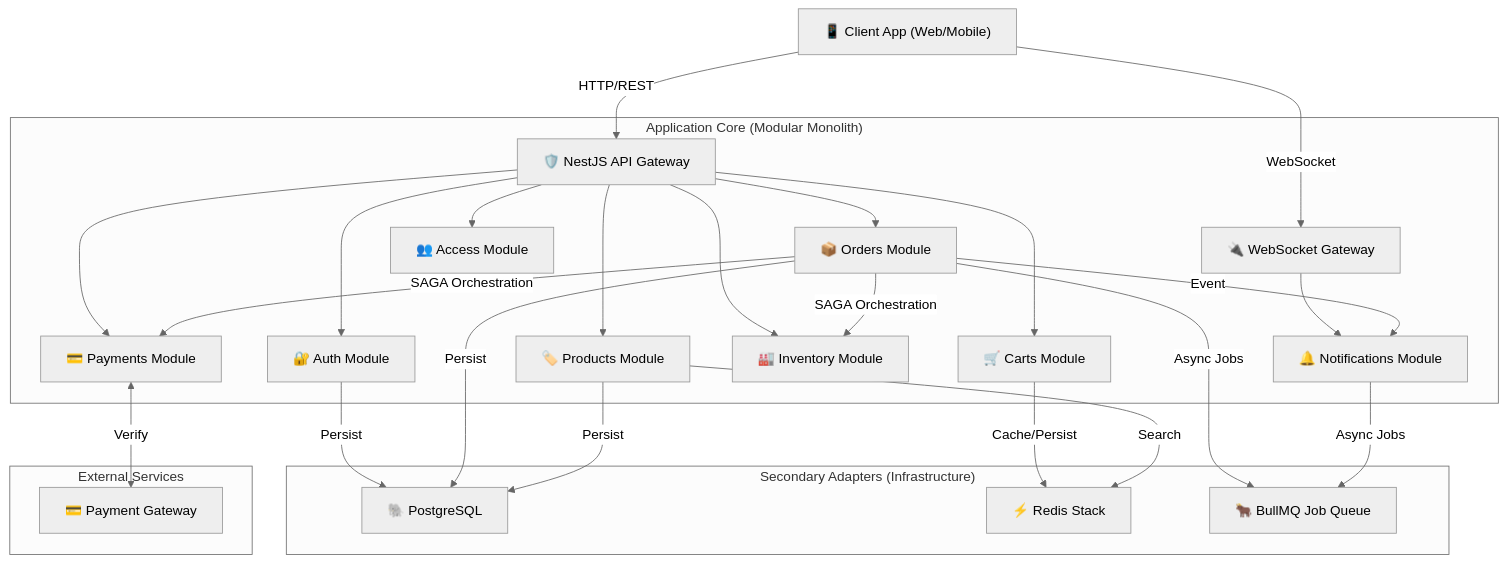
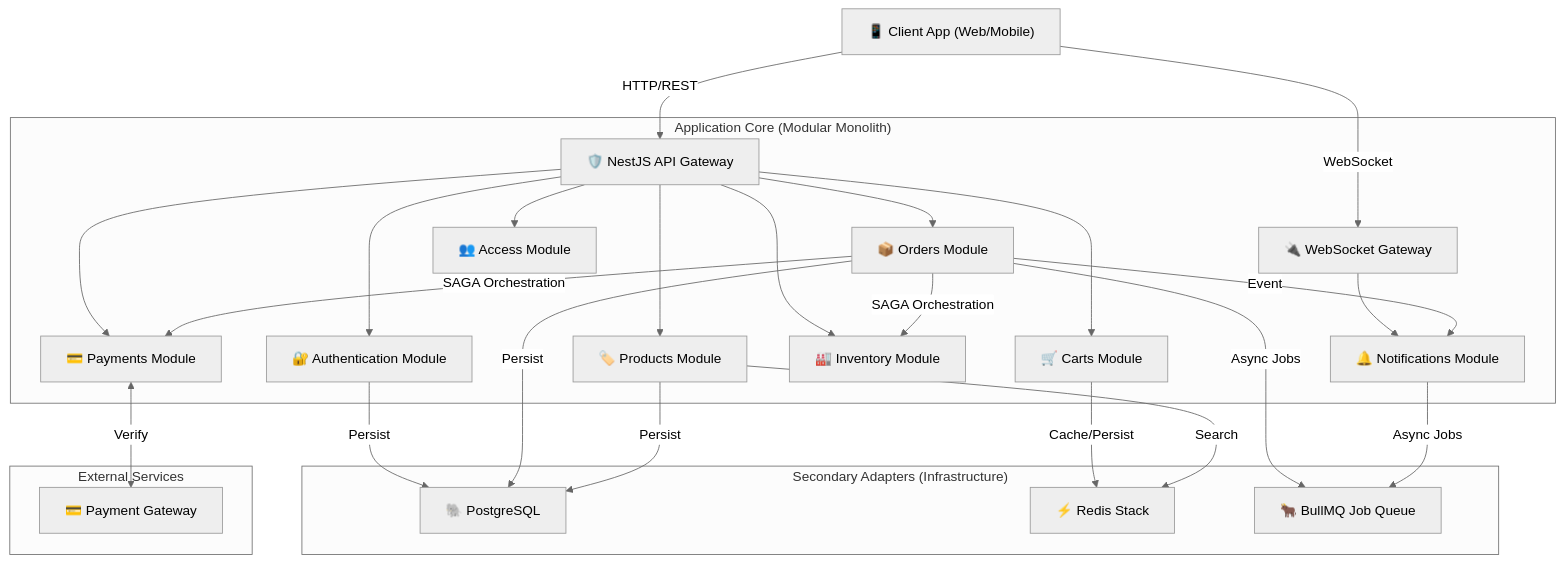
One commit to raouf-b-dev/ecommerce-store-api changed the third of 11 diagrams in docs/architecture/ARCHITECTURE.md. Above: the diagram before and after it, drawn with Mermaid (neutral theme). The commit also changed other lines of this file and 13 other files, not shown here.

First line of the commit message:
ES-138: Update documentation and module references to reflect the transition from 'Auth' to 'Authentication' and 'Customers' to 'Access'

````diff
--- a/docs/architecture/ARCHITECTURE.md
+++ b/docs/architecture/ARCHITECTURE.md
@@ -123,37 +123,37 @@
 ```mermaid
 graph TD
     Client["📱 Client App (Web/Mobile)"] -->|HTTP/REST| API["🛡️ NestJS API Gateway"]
     Client -->|WebSocket| WS["🔌 WebSocket Gateway"]
 
     subgraph "Application Core (Modular Monolith)"
-        API --> Auth["🔐 Auth Module"]
+        API --> Authentication["🔐 Authentication Module"]
         API --> Orders["📦 Orders Module"]
         API --> Products["🏷️ Products Module"]
         API --> Carts["🛒 Carts Module"]
         API --> Payments["💳 Payments Module"]
         API --> Inventory["🏭 Inventory Module"]
         API --> Access["👥 Access Module"]
 
         WS --> Notifications["🔔 Notifications Module"]
 
         Orders -->|SAGA Orchestration| Inventory
         Orders -->|SAGA Orchestration| Payments
         Orders -->|Event| Notifications
     end
 
     subgraph "Secondary Adapters (Infrastructure)"
-        Auth -->|Persist| PG["🐘 PostgreSQL"]
+        Authentication -->|Persist| PG["🐘 PostgreSQL"]
         Orders -->|Persist| PG
         Products -->|Persist| PG
 
         Carts -->|Cache/Persist| Redis["⚡ Redis Stack"]
         Products -->|Search| Redis
 
         Orders -->|Async Jobs| BullMQ["🐂 BullMQ Job Queue"]
         Notifications -->|Async Jobs| BullMQ
     end
 
     subgraph "External Services"
         Payments <-->|Verify| Stripe["💳 Payment Gateway"]
     end
 ```
````
